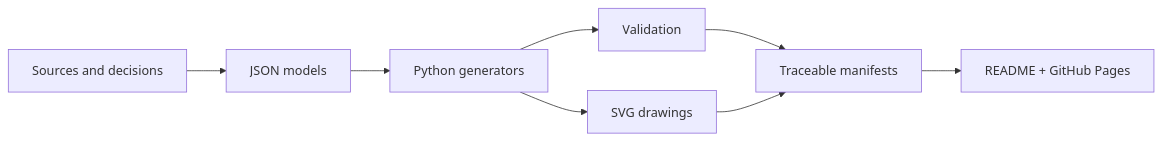
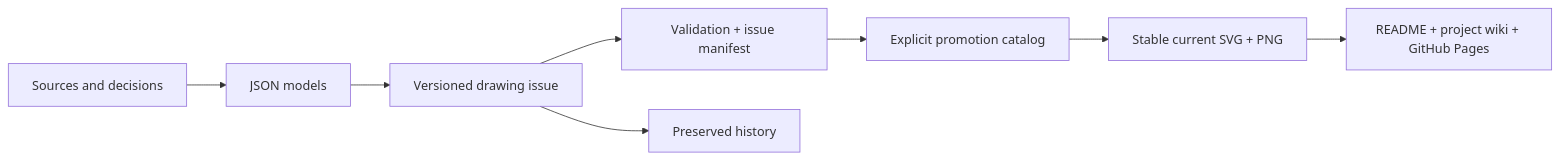
One commit to bultodepapas/DremHouse changed the diagram in README.md. Above: the diagram before and after it, drawn with Mermaid. The commit also changed other lines of this file and 58 other files, not shown here.

First line of the commit message:
Add initial manifest.json for architectural and structural plans

````diff
--- a/README.md
+++ b/README.md
@@ -135,10 +163,10 @@
 ```mermaid
 flowchart LR
     A[Sources and decisions] --> B[JSON models]
-    B --> C[Python generators]
-    C --> D[Validation]
-    C --> E[SVG drawings]
-    D --> F[Traceable manifests]
-    E --> F
-    F --> G[README + GitHub Pages]
+    B --> C[Versioned drawing issue]
+    C --> D[Validation + issue manifest]
+    D --> E[Explicit promotion catalog]
+    E --> F[Stable current SVG + PNG]
+    F --> G[README + project wiki + GitHub Pages]
+    C --> H[Preserved history]
 ```
````
